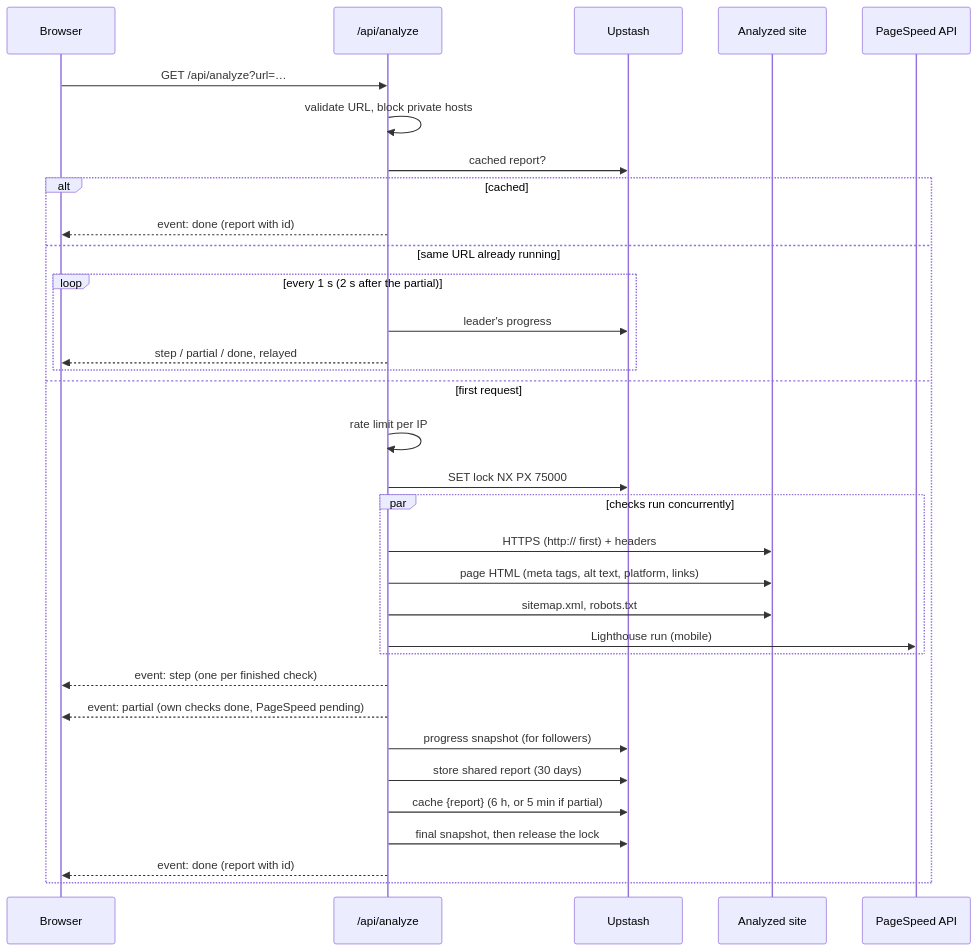
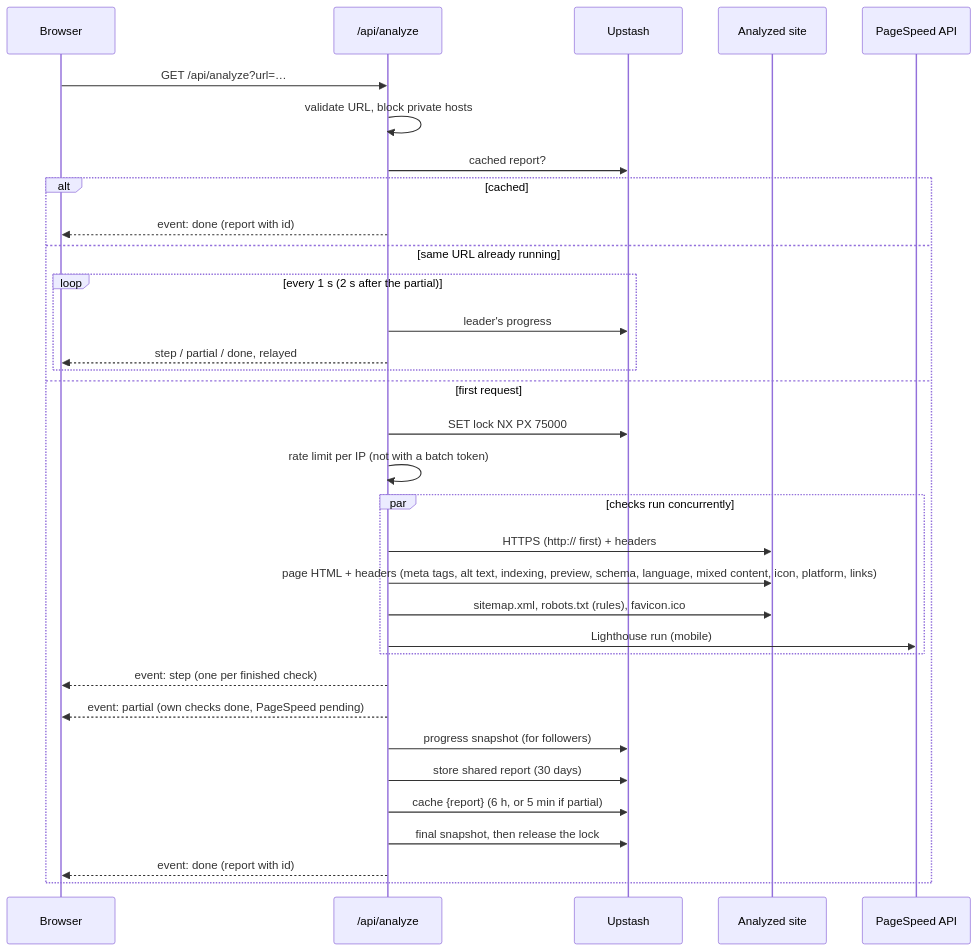
The diagram in docs/ARCHITECTURE.md (leodds21/Website-reviewer), drawn with Mermaid before and after one commit. The commit also changed other lines of this file and 1 other file, not shown here.

Commit message:
docs: architecture for checks, batch and print

````diff
--- a/docs/ARCHITECTURE.md
+++ b/docs/ARCHITECTURE.md
@@ -33,36 +35,36 @@
 ```mermaid
 sequenceDiagram
     participant B as Browser
     participant R as /api/analyze
     participant C as Upstash
     participant S as Analyzed site
     participant G as PageSpeed API
 
     B->>R: GET /api/analyze?url=…
     R->>R: validate URL, block private hosts
     R->>C: cached report?
     alt cached
         R-->>B: event: done (report with id)
     else same URL already running
         loop every 1 s (2 s after the partial)
             R->>C: leader's progress
             R-->>B: step / partial / done, relayed
         end
     else first request
-        R->>R: rate limit per IP
         R->>C: SET lock NX PX 75000
+        R->>R: rate limit per IP (not with a batch token)
         par checks run concurrently
             R->>S: HTTPS (http:// first) + headers
-            R->>S: page HTML (meta tags, alt text, platform, links)
-            R->>S: sitemap.xml, robots.txt
+            R->>S: page HTML + headers (meta tags, alt text, indexing, preview, schema, language, mixed content, icon, platform, links)
+            R->>S: sitemap.xml, robots.txt (rules), favicon.ico
             R->>G: Lighthouse run (mobile)
         end
         R-->>B: event: step (one per finished check)
         R-->>B: event: partial (own checks done, PageSpeed pending)
         R->>C: progress snapshot (for followers)
         R->>C: store shared report (30 days)
         R->>C: cache {report} (6 h, or 5 min if partial)
         R->>C: final snapshot, then release the lock
         R-->>B: event: done (report with id)
     end
 ```
````
